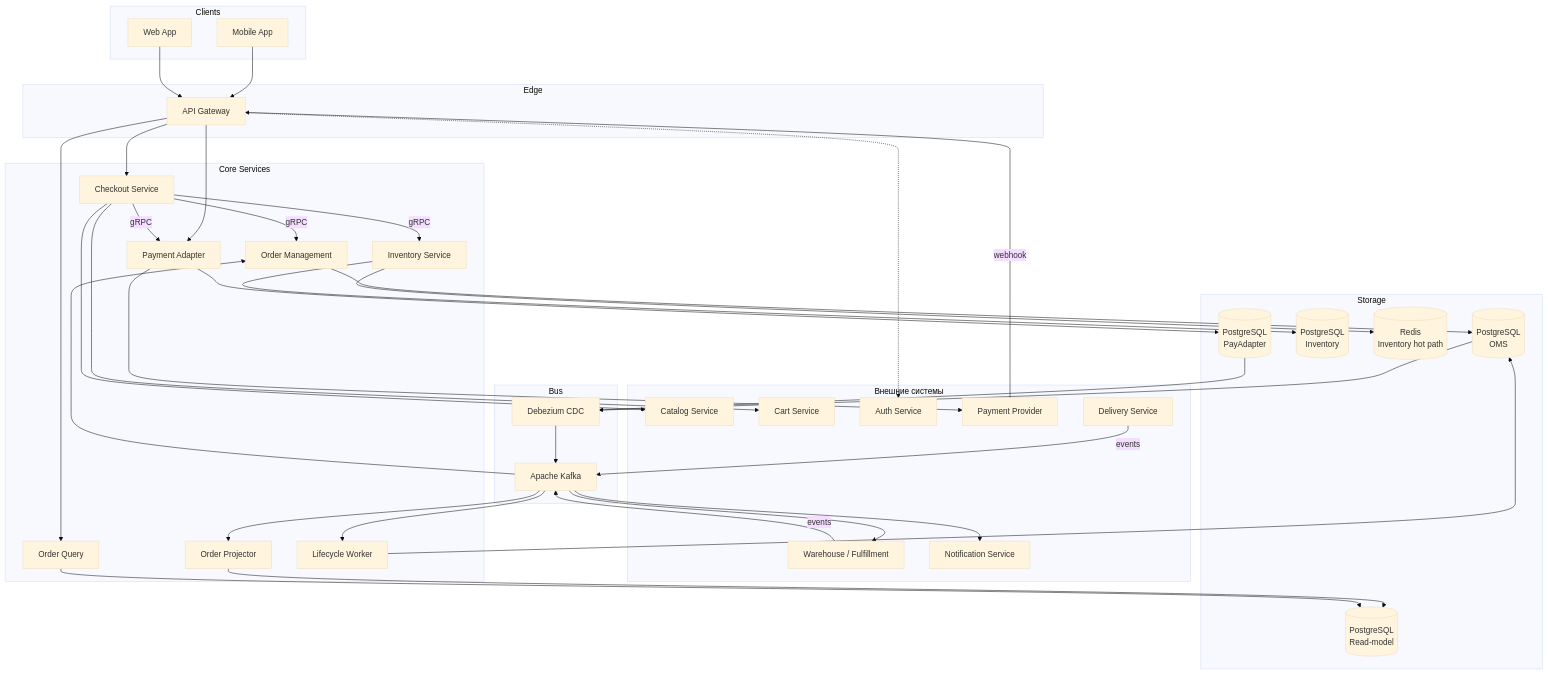
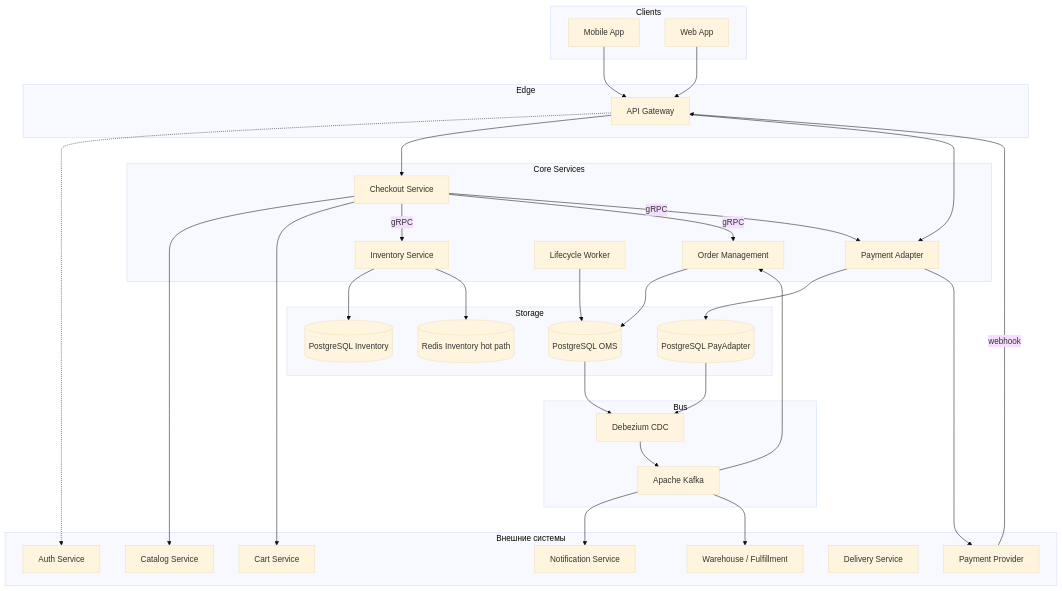
The fourth of 7 diagrams in marketplace-order-solution.md (Unbiscuit/dev_sol), drawn with Mermaid (base theme) before and after one commit. The commit also changed other lines of this file, not shown here.

````diff
--- a/marketplace-order-solution.md
+++ b/marketplace-order-solution.md
@@ -345,82 +299,71 @@
 ```mermaid
 graph TB
     subgraph Clients
         Mobile[Mobile App]
         Web[Web App]
     end
 
     subgraph External["Внешние системы"]
         Catalog[Catalog Service]
         Cart[Cart Service]
         Auth[Auth Service]
         Provider[Payment Provider]
         Warehouse[Warehouse / Fulfillment]
         Delivery[Delivery Service]
         Notify[Notification Service]
     end
 
     subgraph Edge
         Gateway[API Gateway]
     end
 
     subgraph CoreServices["Core Services"]
         Checkout[Checkout Service]
         OMS[Order Management]
         Inventory[Inventory Service]
         PayAdapter[Payment Adapter]
-        QueryAPI[Order Query]
-        Projector[Order Projector]
         Worker[Lifecycle Worker]
     end
 
     subgraph Storage
-        OMS_DB[(PostgreSQL<br/>OMS)]
-        Read_DB[(PostgreSQL<br/>Read-model)]
-        Inv_DB[(PostgreSQL<br/>Inventory)]
-        Inv_Redis[(Redis<br/>Inventory hot path)]
-        PA_DB[(PostgreSQL<br/>PayAdapter)]
+        OMS_DB[(PostgreSQL OMS)]
+        Inv_DB[(PostgreSQL Inventory)]
+        Inv_Redis[(Redis Inventory hot path)]
+        PA_DB[(PostgreSQL PayAdapter)]
     end
 
     subgraph Bus
         Kafka[Apache Kafka]
         Debezium[Debezium CDC]
     end
 
     Mobile --> Gateway
     Web --> Gateway
     Gateway -.-> Auth
     Gateway --> Checkout
-    Gateway --> QueryAPI
     Gateway --> PayAdapter
 
     Checkout --> Catalog
     Checkout --> Cart
     Checkout -- gRPC --> Inventory
     Checkout -- gRPC --> OMS
     Checkout -- gRPC --> PayAdapter
 
     OMS --> OMS_DB
     Inventory --> Inv_DB
     Inventory --> Inv_Redis
     PayAdapter --> PA_DB
 
     PayAdapter --> Provider
     Provider -- webhook --> Gateway
 
     OMS_DB --> Debezium
     PA_DB --> Debezium
     Debezium --> Kafka
 
     Kafka --> OMS
-    Kafka --> Projector
-    Kafka --> Worker
     Kafka --> Notify
     Kafka --> Warehouse
-    Warehouse -- events --> Kafka
-    Delivery -- events --> Kafka
-
-    Projector --> Read_DB
-    QueryAPI --> Read_DB
 
     Worker --> OMS_DB
 ```
````
